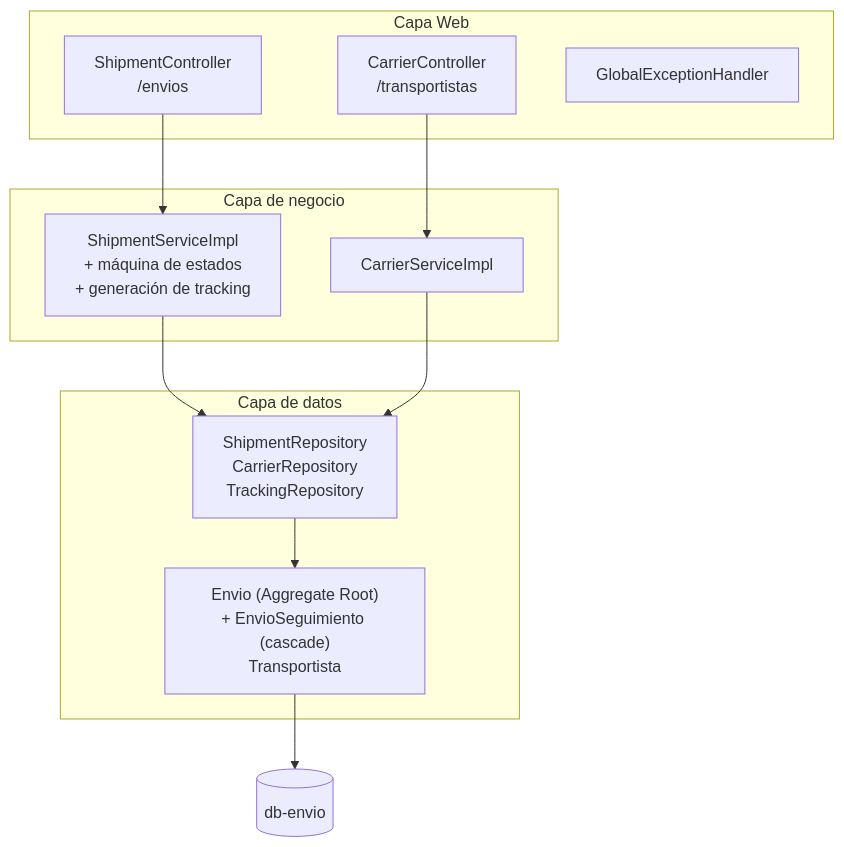
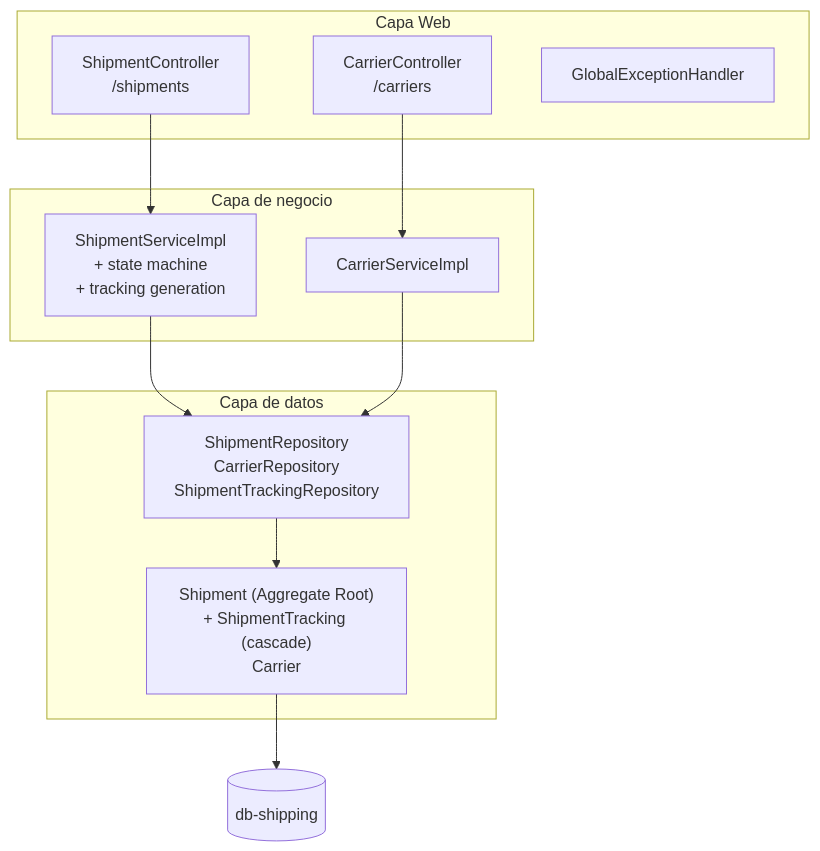
Before and after one commit to smartLogixfs/smartlogixs: the third of 3 diagrams in backend/ms-shipping/README.md, drawn with Mermaid. The commit also changed other lines of this file and 8 other files, not shown here.

````diff
--- a/backend/ms-shipping/README.md
+++ b/backend/ms-shipping/README.md
@@ -97,27 +117,27 @@
 ```mermaid
 flowchart TB
     subgraph Web["Capa Web"]
-        SC["ShipmentController<br/>/envios"]
-        CC["CarrierController<br/>/transportistas"]
+        SC["ShipmentController<br/>/shipments"]
+        CC["CarrierController<br/>/carriers"]
         GEH["GlobalExceptionHandler"]
     end
 
     subgraph Bus["Capa de negocio"]
-        SS["ShipmentServiceImpl<br/>+ máquina de estados<br/>+ generación de tracking"]
+        SS["ShipmentServiceImpl<br/>+ state machine<br/>+ tracking generation"]
         CS["CarrierServiceImpl"]
     end
 
     subgraph Data["Capa de datos"]
-        Repos["ShipmentRepository<br/>CarrierRepository<br/>TrackingRepository"]
-        Ents["Envio (Aggregate Root)<br/>+ EnvioSeguimiento (cascade)<br/>Transportista"]
+        Repos["ShipmentRepository<br/>CarrierRepository<br/>ShipmentTrackingRepository"]
+        Ents["Shipment (Aggregate Root)<br/>+ ShipmentTracking (cascade)<br/>Carrier"]
     end
 
-    DB[(db-envio)]
+    DB[(db-shipping)]
 
     SC --> SS
     CC --> CS
     SS --> Repos
     CS --> Repos
     Repos --> Ents
     Ents --> DB
 ```
````
